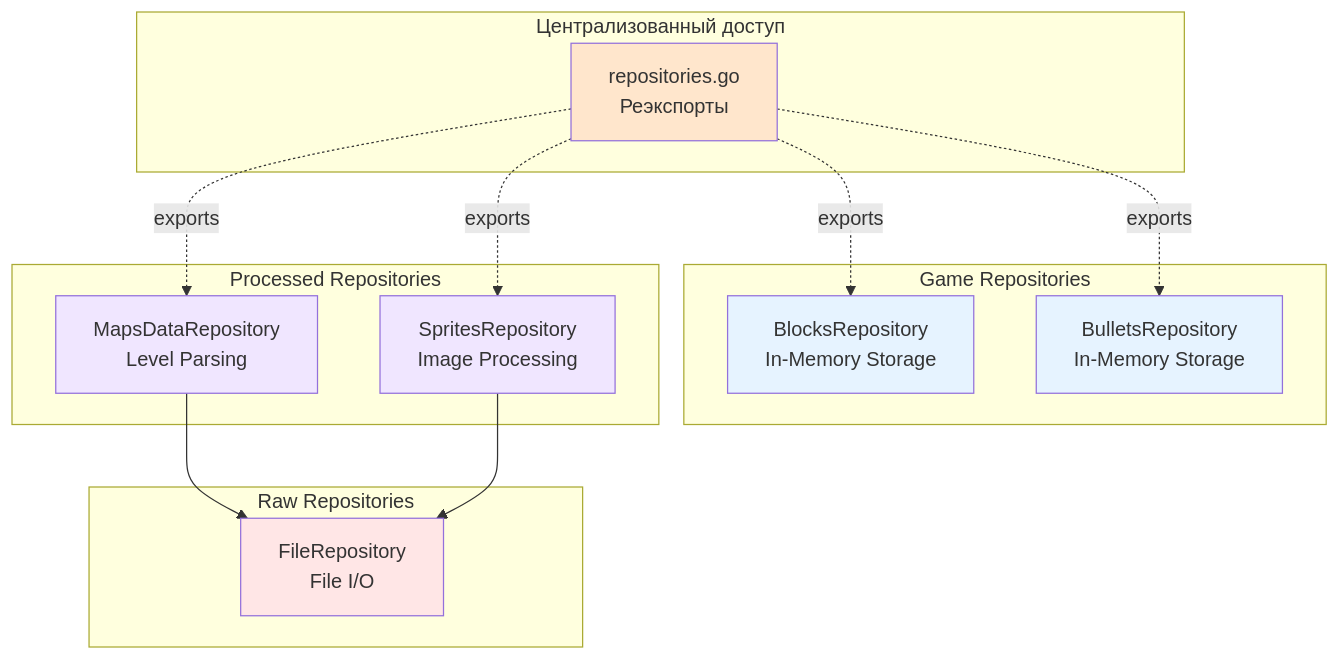
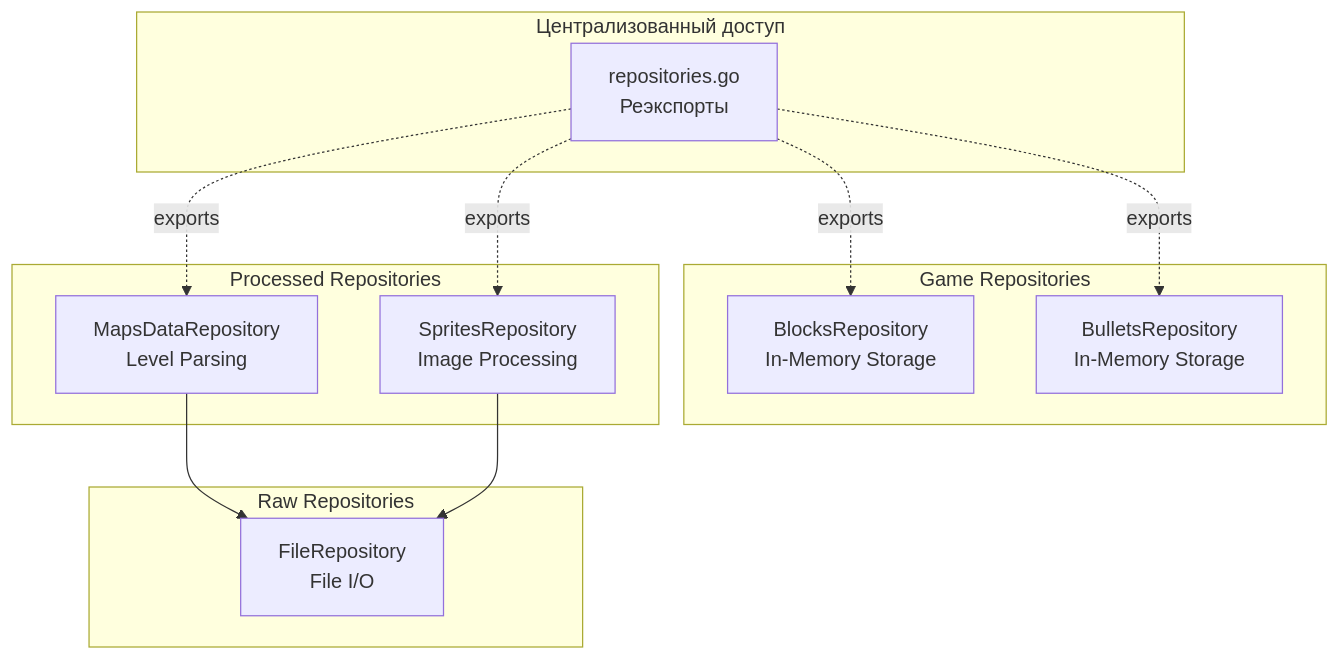
The fifth of 5 diagrams in README.md (shpaker/tnk9x), drawn with Mermaid before and after one commit. The commit also changed other lines of this file, not shown here.

````diff
--- a/README.md
+++ b/README.md
@@ -256,35 +224,28 @@
 ```mermaid
 graph TB
     subgraph "Централизованный доступ"
         ReposPkg[repositories.go<br/>Реэкспорты]
     end
     
     subgraph "Game Repositories"
         BlocksRepo[BlocksRepository<br/>In-Memory Storage]
         BulletsRepo[BulletsRepository<br/>In-Memory Storage]
     end
     
     subgraph "Processed Repositories"
         MapsRepo[MapsDataRepository<br/>Level Parsing]
         SpritesRepo[SpritesRepository<br/>Image Processing]
     end
     
     subgraph "Raw Repositories"
         FileRepo[FileRepository<br/>File I/O]
     end
     
     ReposPkg -.->|exports| BlocksRepo
     ReposPkg -.->|exports| BulletsRepo
     ReposPkg -.->|exports| MapsRepo
     ReposPkg -.->|exports| SpritesRepo
     
     MapsRepo --> FileRepo
     SpritesRepo --> FileRepo
-    
-    style ReposPkg fill:#ffe6cc
-    style BlocksRepo fill:#e6f3ff
-    style BulletsRepo fill:#e6f3ff
-    style MapsRepo fill:#f0e6ff
-    style SpritesRepo fill:#f0e6ff
-    style FileRepo fill:#ffe6e6
 ```
````
